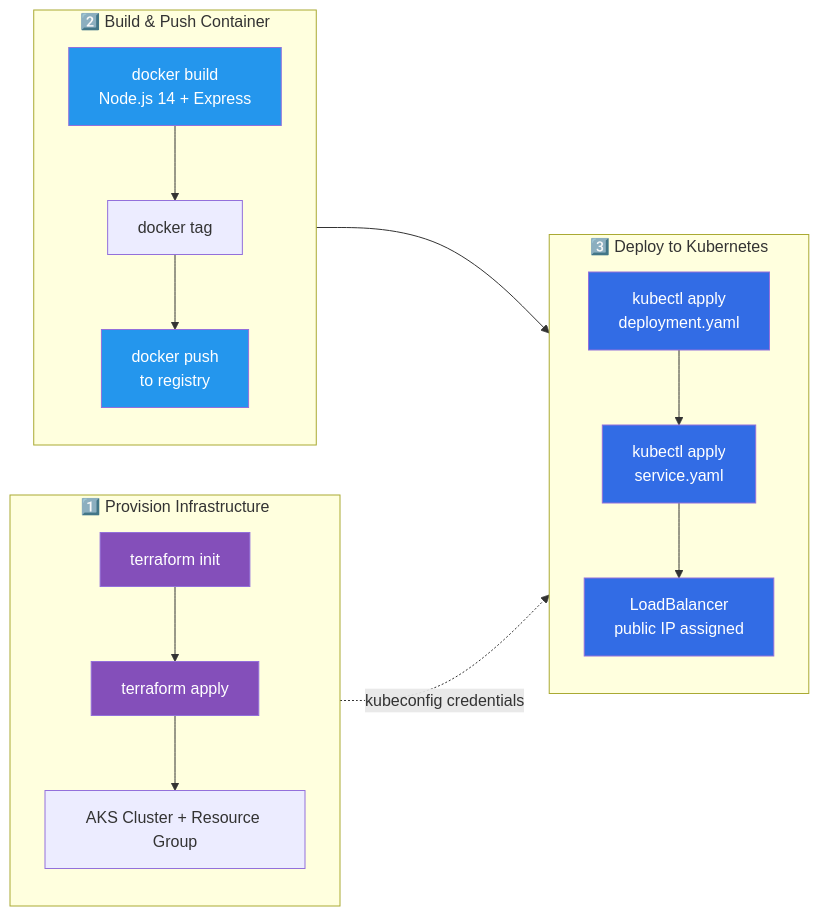
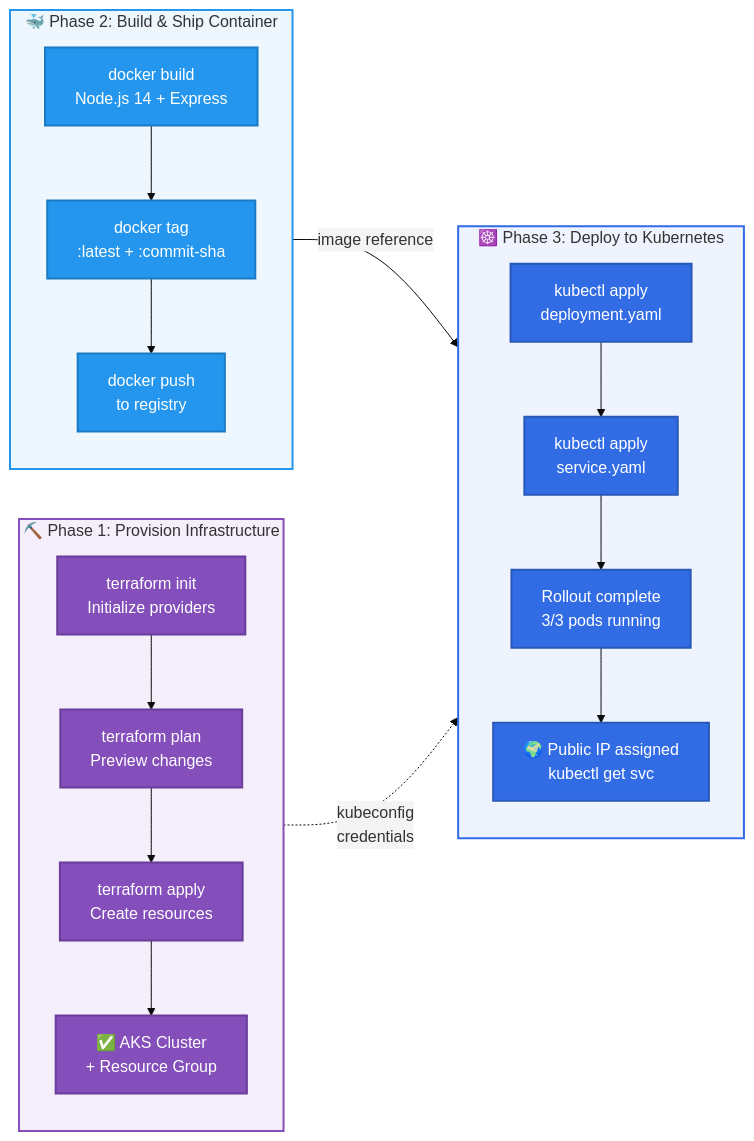
One commit to tukue/simpleInfraascodeAzure changed the second of 3 diagrams in nodejs-aks-project/README.md. Above: the diagram before and after it, drawn with Mermaid. The commit also changed other lines of this file, not shown here.

First line of the commit message:
Enhance architecture diagrams with richer visuals and color styling

````diff
--- a/nodejs-aks-project/README.md
+++ b/nodejs-aks-project/README.md
@@ -100,29 +122,34 @@
 ```mermaid
+%%{init: {'theme': 'base', 'themeVariables': { 'primaryColor': '#f4f4f4'}}}%%
 graph LR
-    subgraph "1️⃣ Provision Infrastructure"
+    subgraph Phase1["⛏️  Phase 1: Provision Infrastructure"]
         direction TB
-        TF1["terraform init"] --> TF2["terraform apply"]
-        TF2 --> AKS["AKS Cluster + Resource Group"]
+        TF_Init["terraform init<br/>Initialize providers"]:::tf --> TF_Plan["terraform plan<br/>Preview changes"]:::tf
+        TF_Plan --> TF_Apply["terraform apply<br/>Create resources"]:::tf
+        TF_Apply --> AKS["✅ AKS Cluster<br/>+ Resource Group"]:::tf
     end
 
-    subgraph "2️⃣ Build & Push Container"
+    subgraph Phase2["🐳  Phase 2: Build & Ship Container"]
         direction TB
-        Build["docker build<br/>Node.js 14 + Express"] --> Tag["docker tag"] --> Push["docker push<br/>to registry"]
+        D_Build["docker build<br/>Node.js 14 + Express"]:::docker --> D_Tag["docker tag<br/>:latest + :commit-sha"]:::docker
+        D_Tag --> D_Push["docker push<br/>to registry"]:::docker
     end
 
-    subgraph "3️⃣ Deploy to Kubernetes"
+    subgraph Phase3["☸️  Phase 3: Deploy to Kubernetes"]
         direction TB
-        K1["kubectl apply<br/>deployment.yaml"] --> K2["kubectl apply<br/>service.yaml"] --> K3["LoadBalancer<br/>public IP assigned"]
+        K_Deploy["kubectl apply<br/>deployment.yaml"]:::k8s --> K_Service["kubectl apply<br/>service.yaml"]:::k8s
+        K_Service --> K_Ready["Rollout complete<br/>3/3 pods running"]:::k8s
+        K_Ready --> K_IP["🌍 Public IP assigned<br/>kubectl get svc"]:::k8s
     end
 
-    AKS -.->|"kubeconfig credentials"| K1
-    Push --> K1
+    AKS -.->|"kubeconfig<br/>credentials"| K_Deploy
+    D_Push -->|"image reference"| K_Deploy
 
-    style TF1 fill:#844FBA,color:#fff
-    style TF2 fill:#844FBA,color:#fff
-    style Build fill:#2496ED,color:#fff
-    style Push fill:#2496ED,color:#fff
-    style K1 fill:#326CE5,color:#fff
-    style K2 fill:#326CE5,color:#fff
-    style K3 fill:#326CE5,color:#fff
+    classDef tf fill:#844FBA,color:#fff,stroke:#6a3d9a,stroke-width:2px
+    classDef docker fill:#2496ED,color:#fff,stroke:#1a7ac4,stroke-width:2px
+    classDef k8s fill:#326CE5,color:#fff,stroke:#2858b8,stroke-width:2px
+
+    style Phase1 fill:#f5eefb,stroke:#844FBA,stroke-width:2px,color:#333
+    style Phase2 fill:#eef6fe,stroke:#2496ED,stroke-width:2px,color:#333
+    style Phase3 fill:#eef3fd,stroke:#326CE5,stroke-width:2px,color:#333
 ```
````
